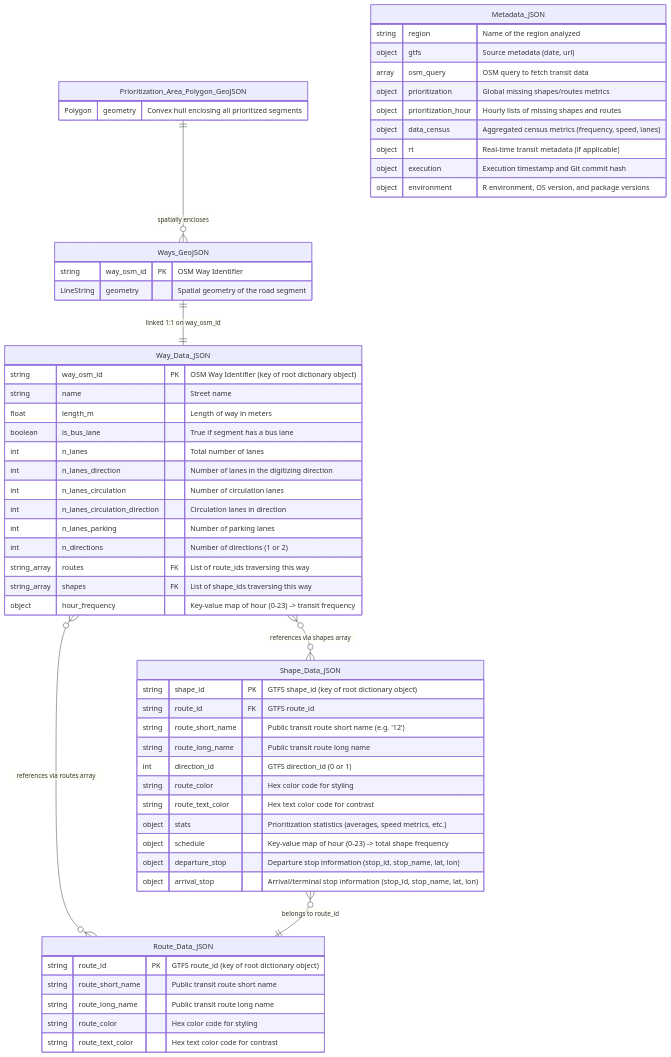
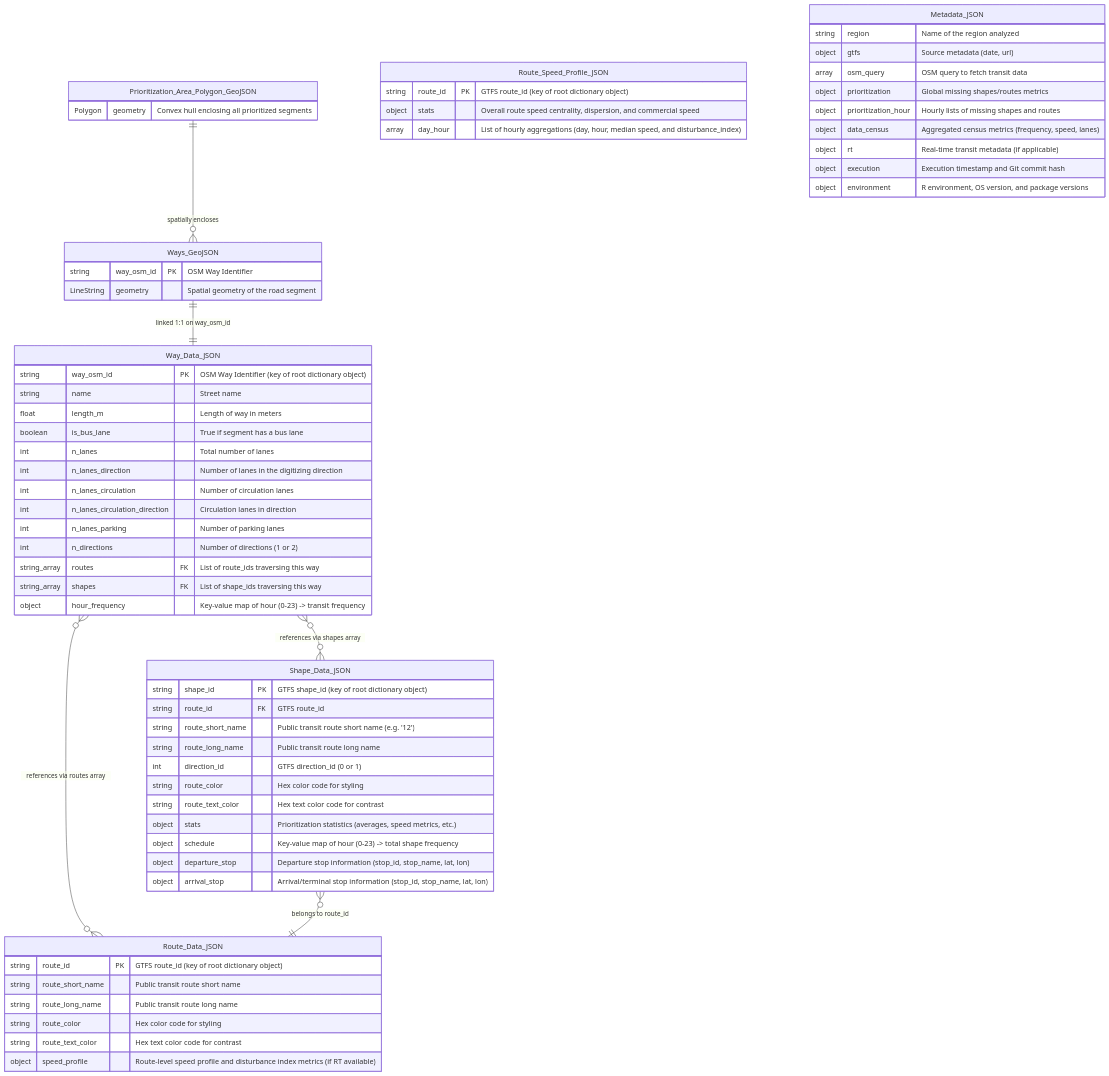
Before and after one commit to U-Shift/GTFShift-DI: the diagram in scripts/02_prioritise/relational_model.md, drawn with Mermaid. The commit also changed other lines of this file and 2 other files, not shown here.

Commit message:
#4 prioritise script extended to compute trip/route level metrics

````diff
--- a/scripts/02_prioritise/relational_model.md
+++ b/scripts/02_prioritise/relational_model.md
@@ -24,71 +25,78 @@
 ```mermaid
 erDiagram
     %% Entities and Attributes
 
     Prioritization_Area_Polygon_GeoJSON {
         Polygon geometry "Convex hull enclosing all prioritized segments"
     }
 
     Ways_GeoJSON {
         string way_osm_id PK "OSM Way Identifier"
         LineString geometry "Spatial geometry of the road segment"
     }
 
     Way_Data_JSON {
         string way_osm_id PK "OSM Way Identifier (key of root dictionary object)"
         string name "Street name"
         float length_m "Length of way in meters"
         boolean is_bus_lane "True if segment has a bus lane"
         int n_lanes "Total number of lanes"
         int n_lanes_direction "Number of lanes in the digitizing direction"
         int n_lanes_circulation "Number of circulation lanes"
         int n_lanes_circulation_direction "Circulation lanes in direction"
         int n_lanes_parking "Number of parking lanes"
         int n_directions "Number of directions (1 or 2)"
         string_array routes FK "List of route_ids traversing this way"
         string_array shapes FK "List of shape_ids traversing this way"
         object hour_frequency "Key-value map of hour (0-23) -> transit frequency"
     }
 
     Shape_Data_JSON {
         string shape_id PK "GTFS shape_id (key of root dictionary object)"
         string route_id FK "GTFS route_id"
         string route_short_name "Public transit route short name (e.g. '12')"
         string route_long_name "Public transit route long name"
         int direction_id "GTFS direction_id (0 or 1)"
         string route_color "Hex color code for styling"
         string route_text_color "Hex text color code for contrast"
         object stats "Prioritization statistics (averages, speed metrics, etc.)"
         object schedule "Key-value map of hour (0-23) -> total shape frequency"
         object departure_stop "Departure stop information (stop_id, stop_name, lat, lon)"
         object arrival_stop "Arrival/terminal stop information (stop_id, stop_name, lat, lon)"
     }
 
     Route_Data_JSON {
         string route_id PK "GTFS route_id (key of root dictionary object)"
         string route_short_name "Public transit route short name"
         string route_long_name "Public transit route long name"
         string route_color "Hex color code for styling"
         string route_text_color "Hex text color code for contrast"
+        object speed_profile "Route-level speed profile and disturbance index metrics (if RT available)"
+    }
+
+    Route_Speed_Profile_JSON {
+        string route_id PK "GTFS route_id (key of root dictionary object)"
+        object stats "Overall route speed centrality, dispersion, and commercial speed"
+        array day_hour "List of hourly aggregations (day, hour, median speed, and disturbance_index)"
     }
 
     Metadata_JSON {
         string region "Name of the region analyzed"
         object gtfs "Source metadata (date, url)"
         array osm_query "OSM query to fetch transit data"
         object prioritization "Global missing shapes/routes metrics"
         object prioritization_hour "Hourly lists of missing shapes and routes"
         object data_census "Aggregated census metrics (frequency, speed, lanes)"
         object rt "Real-time transit metadata (if applicable)"
         object execution "Execution timestamp and Git commit hash"
         object environment "R environment, OS version, and package versions"
     }
 
     %% Relationships
 
     Prioritization_Area_Polygon_GeoJSON ||--o{ Ways_GeoJSON : "spatially encloses"
     Ways_GeoJSON ||--|| Way_Data_JSON : "linked 1:1 on way_osm_id"
     Way_Data_JSON }o--o{ Route_Data_JSON : "references via routes array"
     Way_Data_JSON }o--o{ Shape_Data_JSON : "references via shapes array"
     Shape_Data_JSON }o--|| Route_Data_JSON : "belongs to route_id"
 ```
````
